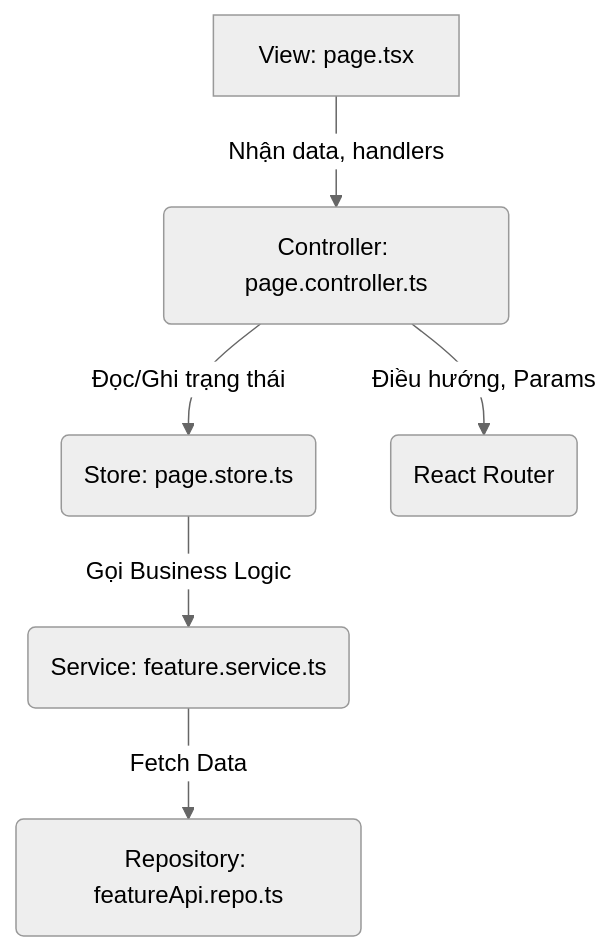
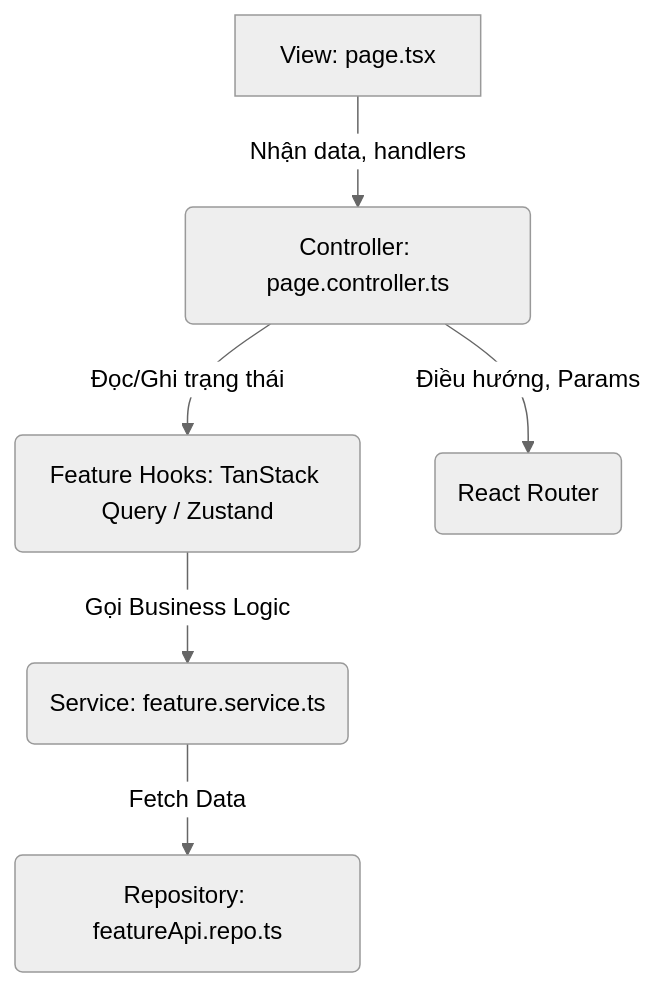
The diagram in docs/architecture/ARCHITECTURE_OVERVIEW.md (chuonghoai/Web_ShopKeyCap), drawn with Mermaid (neutral theme) before and after one commit. The commit also changed other lines of this file and 13 other files, not shown here.

````diff
--- a/docs/architecture/ARCHITECTURE_OVERVIEW.md
+++ b/docs/architecture/ARCHITECTURE_OVERVIEW.md
@@ -38,8 +38,8 @@
 ```mermaid
 graph TD
     A[View: page.tsx] -->|Nhận data, handlers| B(Controller: page.controller.ts)
-    B -->|Đọc/Ghi trạng thái| C(Store: page.store.ts)
+    B -->|Đọc/Ghi trạng thái| C(Feature Hooks: TanStack Query / Zustand)
     B -->|Điều hướng, Params| Router(React Router)
     C -->|Gọi Business Logic| D(Service: feature.service.ts)
     D -->|Fetch Data| E(Repository: featureApi.repo.ts)
 ```
````
